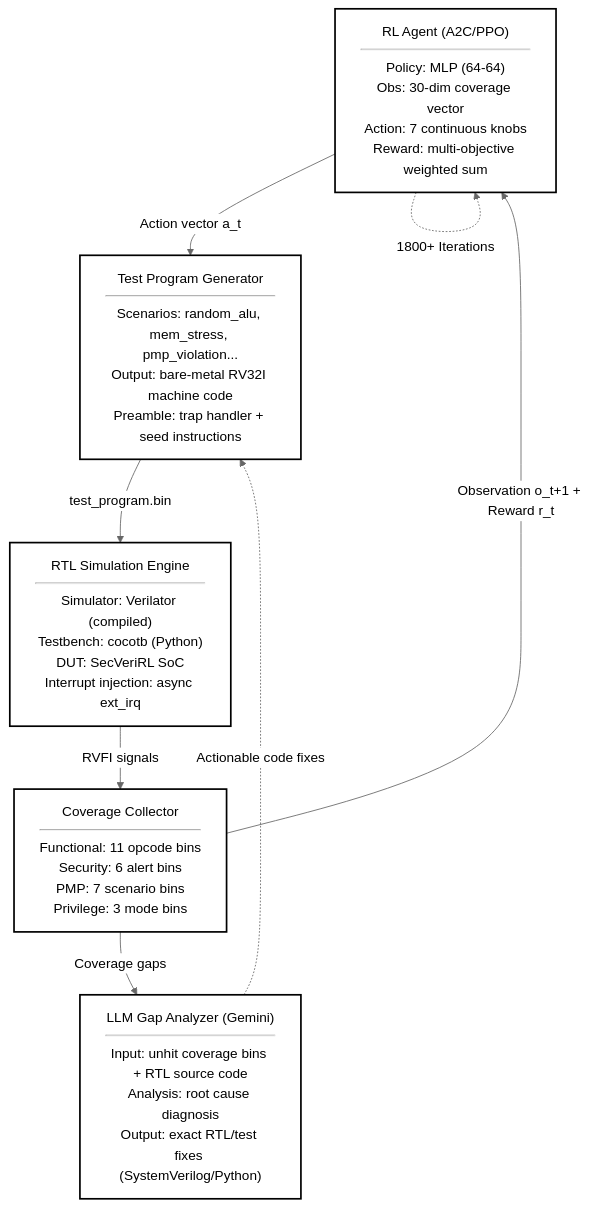
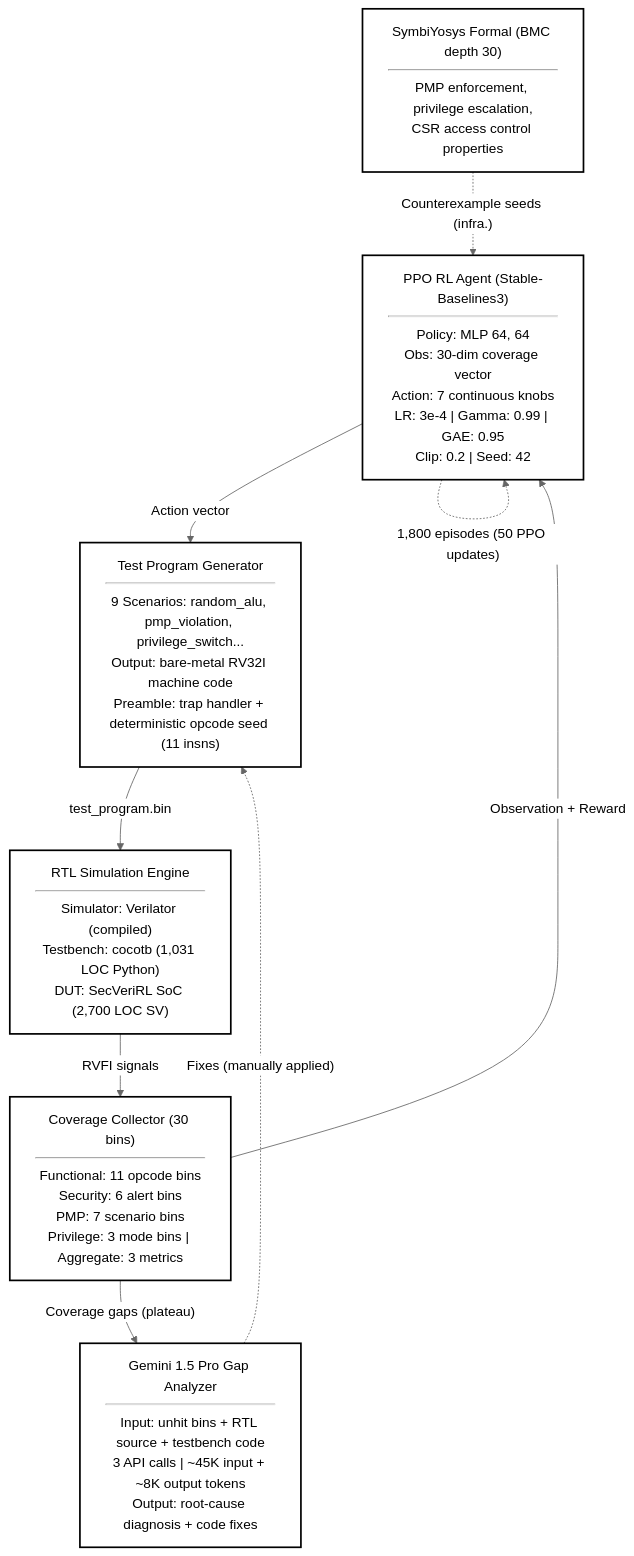
The second of 2 diagrams in README.md (anujgite10-10/rl-driven-security-verification-riscv-soc), drawn with Mermaid (neutral theme) before and after one commit. The commit also changed other lines of this file, not shown here.

````diff
--- a/README.md
+++ b/README.md
@@ -168,21 +171,21 @@
 ```mermaid
 flowchart TD
     classDef default fill:#fff,stroke:#000,stroke-width:2px,color:#000
-    classDef group fill:#f9f9f9,stroke:#333,stroke-width:2px,stroke-dasharray: 5 5,color:#000
 
-    RL["RL Agent (A2C/PPO)<br><hr>Policy: MLP (64-64)<br>Obs: 30-dim coverage vector<br>Action: 7 continuous knobs<br>Reward: multi-objective weighted sum"]
-    Gen["Test Program Generator<br><hr>Scenarios: random_alu, mem_stress, pmp_violation...<br>Output: bare-metal RV32I machine code<br>Preamble: trap handler + seed instructions"]
-    Sim["RTL Simulation Engine<br><hr>Simulator: Verilator (compiled)<br>Testbench: cocotb (Python)<br>DUT: SecVeriRL SoC<br>Interrupt injection: async ext_irq"]
-    Cov["Coverage Collector<br><hr>Functional: 11 opcode bins<br>Security: 6 alert bins<br>PMP: 7 scenario bins<br>Privilege: 3 mode bins"]
-    LLM["LLM Gap Analyzer (Gemini)<br><hr>Input: unhit coverage bins + RTL source code<br>Analysis: root cause diagnosis<br>Output: exact RTL/test fixes (SystemVerilog/Python)"]
+    RL["PPO RL Agent (Stable-Baselines3)<br><hr>Policy: MLP 64, 64<br>Obs: 30-dim coverage vector<br>Action: 7 continuous knobs<br>LR: 3e-4 | Gamma: 0.99 | GAE: 0.95<br>Clip: 0.2 | Seed: 42"]
+    Gen["Test Program Generator<br><hr>9 Scenarios: random_alu, pmp_violation, privilege_switch...<br>Output: bare-metal RV32I machine code<br>Preamble: trap handler + deterministic opcode seed (11 insns)"]
+    Sim["RTL Simulation Engine<br><hr>Simulator: Verilator (compiled)<br>Testbench: cocotb (1,031 LOC Python)<br>DUT: SecVeriRL SoC (2,700 LOC SV)"]
+    Cov["Coverage Collector (30 bins)<br><hr>Functional: 11 opcode bins<br>Security: 6 alert bins<br>PMP: 7 scenario bins<br>Privilege: 3 mode bins | Aggregate: 3 metrics"]
+    LLM["Gemini 1.5 Pro Gap Analyzer<br><hr>Input: unhit bins + RTL source + testbench code<br>3 API calls | ~45K input + ~8K output tokens<br>Output: root-cause diagnosis + code fixes"]
+    Formal["SymbiYosys Formal (BMC depth 30)<br><hr>PMP enforcement, privilege escalation,<br>CSR access control properties"]
 
-    RL -->|Action vector a_t| Gen
-    Gen -->|test_program.bin| Sim
-    Sim -->|RVFI signals| Cov
-    Cov -->|Observation o_t+1 + Reward r_t| RL
-    Cov -->|Coverage gaps| LLM
-    LLM -.->|Actionable code fixes| Gen
+    RL -->|"Action vector"| Gen
+    Gen -->|"test_program.bin"| Sim
+    Sim -->|"RVFI signals"| Cov
+    Cov -->|"Observation + Reward"| RL
+    Cov -->|"Coverage gaps (plateau)"| LLM
+    LLM -.->|"Fixes (manually applied)"| Gen
+    Formal -.->|"Counterexample seeds (infra.)"| RL
 
-    %% Loop annotation
-    RL -.->|1800+ Iterations| RL
+    RL -.->|"1,800 episodes (50 PPO updates)"| RL
 ```
````
